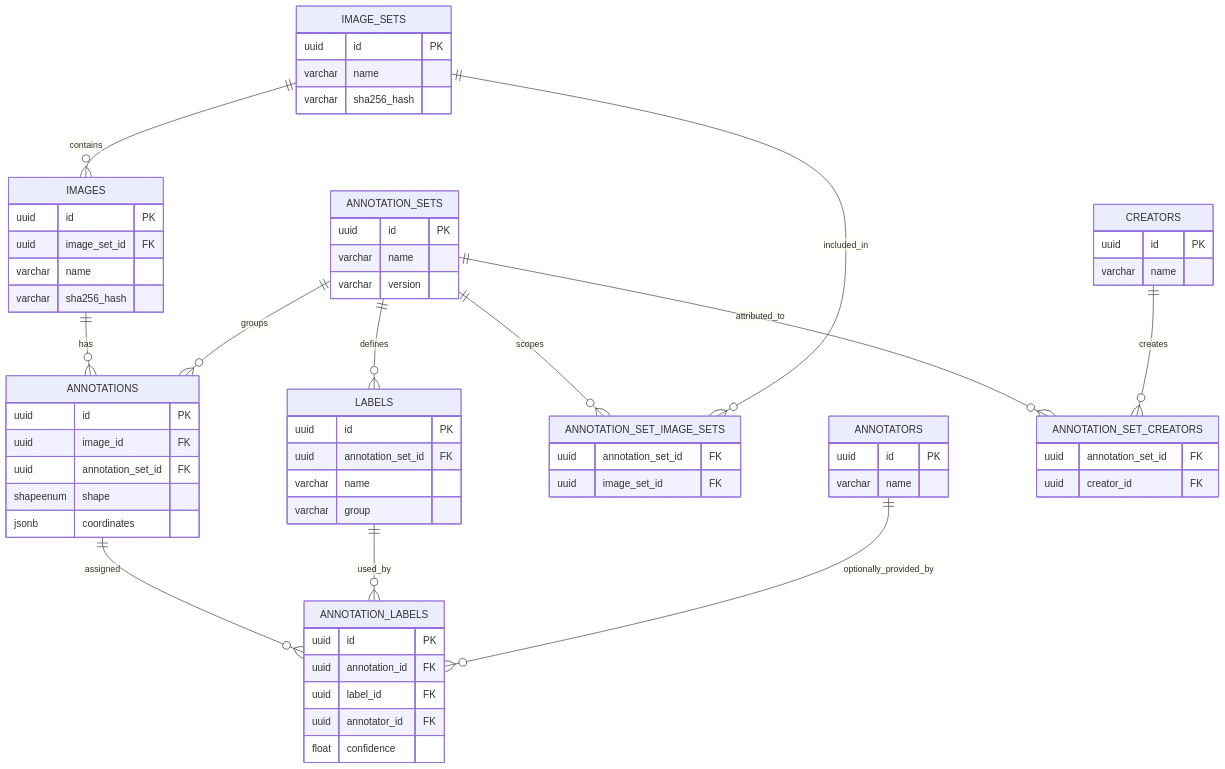
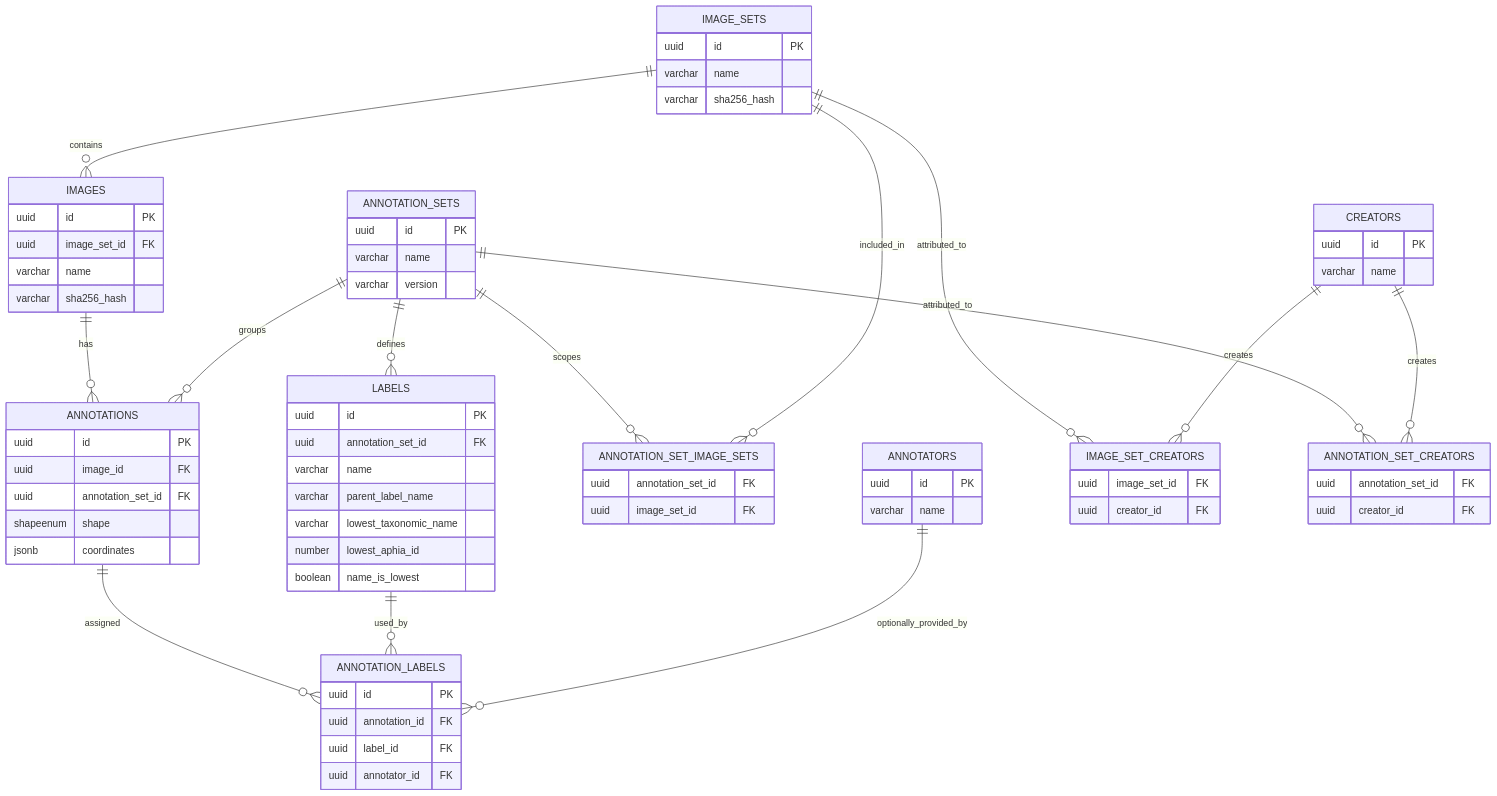
One commit to paidiver/ifdo-api changed the diagram in DATABASE.md. Above: the diagram before and after it, drawn with Mermaid. The commit also changed other lines of this file and 5 other files, not shown here.

````diff
--- a/DATABASE.md
+++ b/DATABASE.md
@@ -332,72 +249,81 @@
 ```mermaid
 erDiagram
   IMAGE_SETS ||--o{ IMAGES : contains
   IMAGES ||--o{ ANNOTATIONS : has
 
   ANNOTATION_SETS ||--o{ ANNOTATIONS : groups
   ANNOTATION_SETS ||--o{ LABELS : defines
 
   ANNOTATION_SETS ||--o{ ANNOTATION_SET_IMAGE_SETS : scopes
   IMAGE_SETS ||--o{ ANNOTATION_SET_IMAGE_SETS : included_in
 
   ANNOTATIONS ||--o{ ANNOTATION_LABELS : assigned
   LABELS ||--o{ ANNOTATION_LABELS : used_by
 
   ANNOTATORS ||--o{ ANNOTATION_LABELS : optionally_provided_by
+
+  IMAGE_SETS ||--o{ IMAGE_SET_CREATORS : attributed_to
+  CREATORS ||--o{IMAGE_SET_CREATORS : creates
 
   ANNOTATION_SETS ||--o{ ANNOTATION_SET_CREATORS : attributed_to
   CREATORS ||--o{ ANNOTATION_SET_CREATORS : creates
 
   IMAGE_SETS {
     uuid id PK
     varchar name
     varchar sha256_hash
   }
   IMAGES {
     uuid id PK
     uuid image_set_id FK
     varchar name
     varchar sha256_hash
   }
   ANNOTATION_SETS {
     uuid id PK
     varchar name
     varchar version
   }
   ANNOTATIONS {
     uuid id PK
     uuid image_id FK
     uuid annotation_set_id FK
     shapeenum shape
     jsonb coordinates
   }
   LABELS {
     uuid id PK
     uuid annotation_set_id FK
     varchar name
-    varchar group
+    varchar parent_label_name
+    varchar lowest_taxonomic_name
+    number lowest_aphia_id
+    boolean name_is_lowest
   }
   ANNOTATION_LABELS {
     uuid id PK
     uuid annotation_id FK
     uuid label_id FK
     uuid annotator_id FK
-    float confidence
   }
   ANNOTATION_SET_IMAGE_SETS {
     uuid annotation_set_id FK
     uuid image_set_id FK
   }
   ANNOTATORS {
     uuid id PK
     varchar name
   }
   ANNOTATION_SET_CREATORS {
     uuid annotation_set_id FK
     uuid creator_id FK
   }
+  IMAGE_SET_CREATORS {
+    uuid image_set_id FK
+    uuid creator_id FK
+  }
   CREATORS {
     uuid id PK
     varchar name
   }
 ```
````
